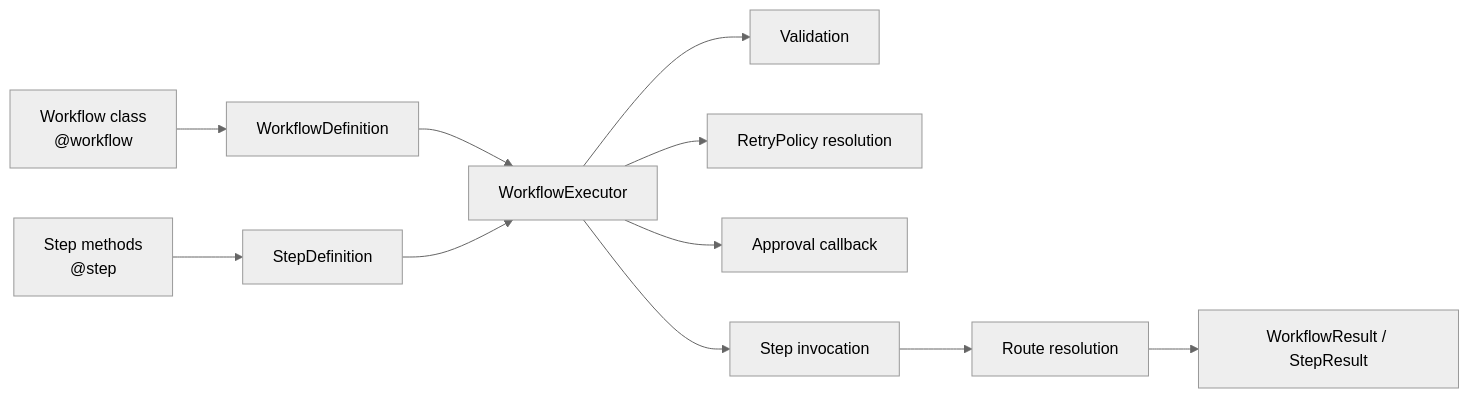
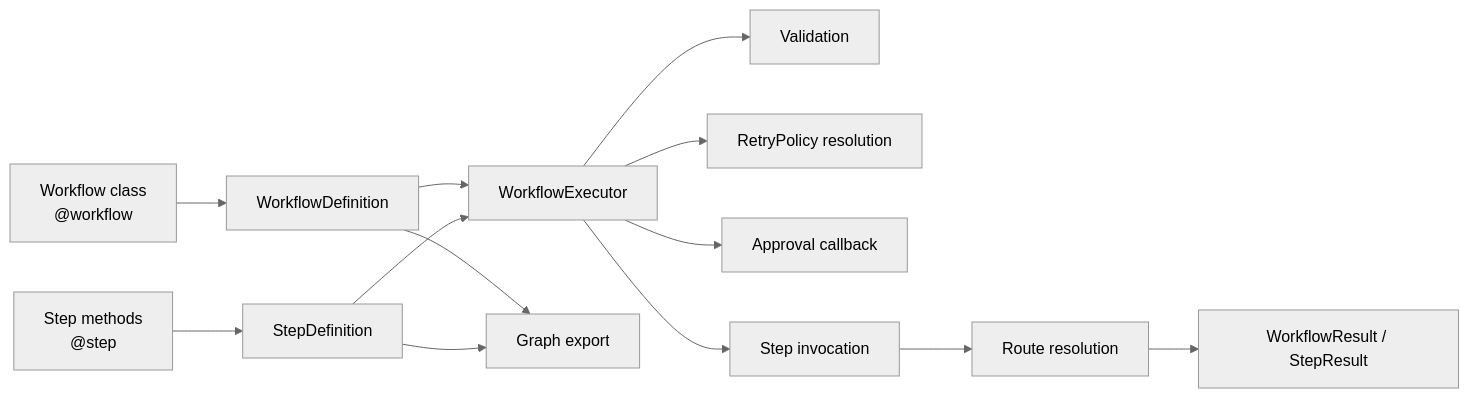
One commit to danishali778/agentflowkit changed the first of 2 diagrams in docs/architecture/overview.md. Above: the diagram before and after it, drawn with Mermaid (neutral theme). The commit also changed other lines of this file and 14 other files, not shown here.

First line of the commit message:
feat: add workflow graph export (#9)

````diff
--- a/docs/architecture/overview.md
+++ b/docs/architecture/overview.md
@@ -19,13 +20,15 @@
 ```mermaid
 flowchart LR
     A[Workflow class<br/>@workflow] --> B[WorkflowDefinition]
     C[Step methods<br/>@step] --> D[StepDefinition]
     B --> E[WorkflowExecutor]
     D --> E
+    B --> L[Graph export]
+    D --> L
     E --> F[Validation]
     E --> G[RetryPolicy resolution]
     E --> K[Approval callback]
     E --> J[Step invocation]
     J --> H[Route resolution]
     H --> I[WorkflowResult / StepResult]
 ```
````
